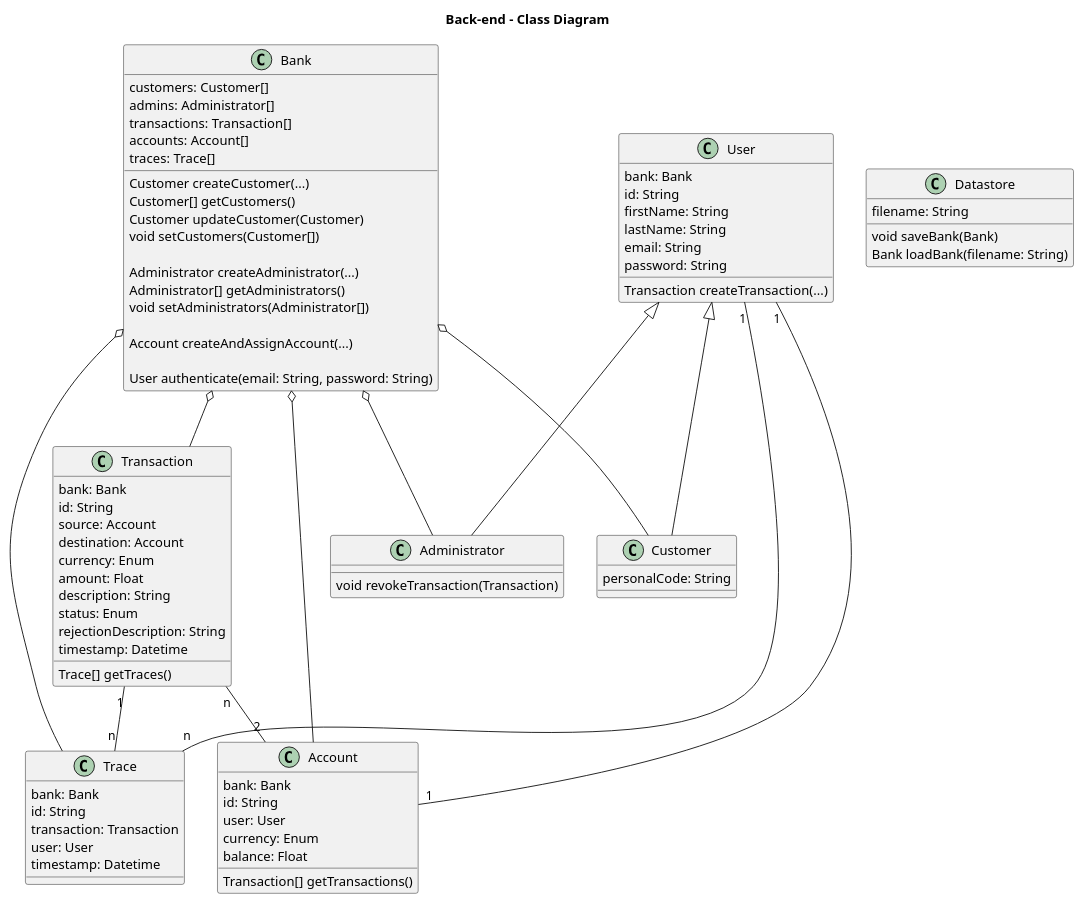
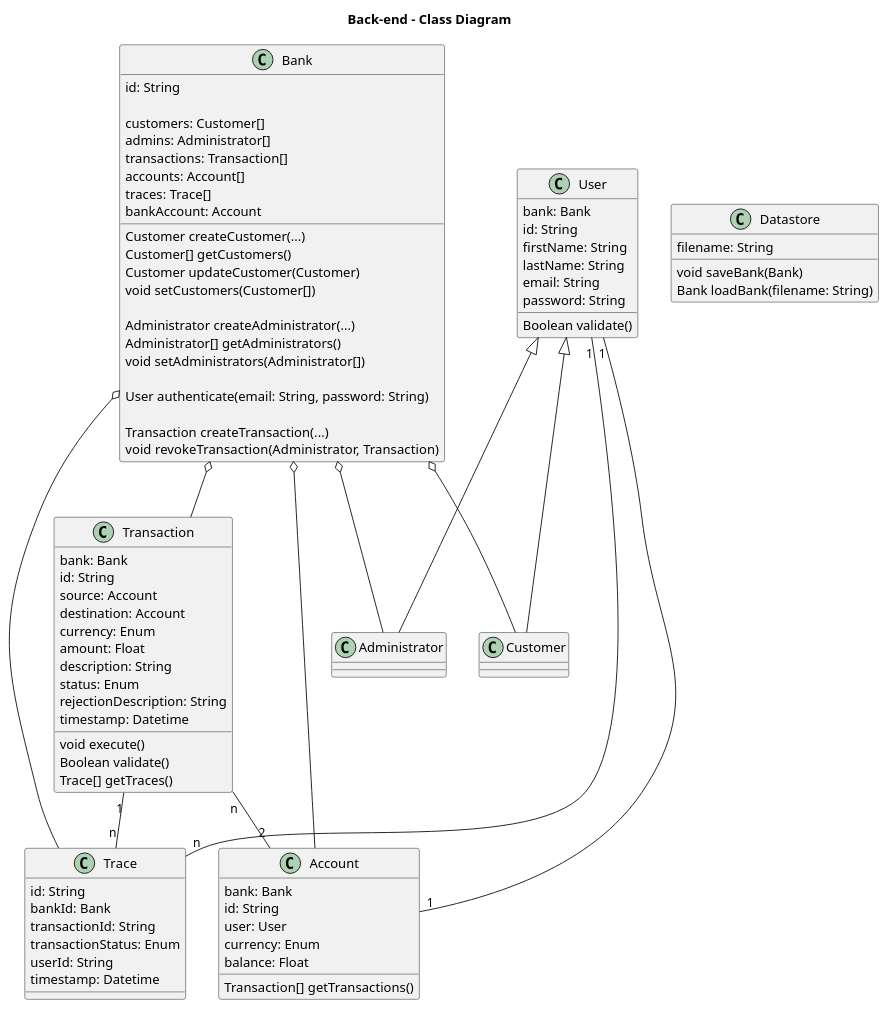
Before and after one commit to Sysmod-2021/bankappbackend: the diagram in docs/classes/backend-classes.plantuml, drawn with PlantUML. The commit also changed 1 other file, not shown here.

Commit message:
Updating the class diagram

```diff
--- a/docs/classes/backend-classes.plantuml
+++ b/docs/classes/backend-classes.plantuml
@@ -1,97 +1,102 @@
 @startuml
 
 title Back-end - Class Diagram
 
 class Bank {
+    id: String
+
     customers: Customer[]
     admins: Administrator[]
     transactions: Transaction[]
     accounts: Account[]
     traces: Trace[]
+    bankAccount: Account
     
     Customer createCustomer(...)
     Customer[] getCustomers()
     Customer updateCustomer(Customer)
     void setCustomers(Customer[])
     
     Administrator createAdministrator(...)
     Administrator[] getAdministrators()
     void setAdministrators(Administrator[])
     
-    Account createAndAssignAccount(...)
-    
     User authenticate(email: String, password: String)
+
+    Transaction createTransaction(...)
+    void revokeTransaction(Administrator, Transaction)
 }
 
 class User {
     bank: Bank
     id: String
     firstName: String
     lastName: String
     email: String
     password: String
-    
-    Transaction createTransaction(...)
+
+    Boolean validate()
 }
 
 class Customer {
-    personalCode: String
 }
 
 class Administrator {
-    void revokeTransaction(Transaction)
 }
 
 class Account {
     bank: Bank
     id: String
     user: User
     currency: Enum
     balance: Float
 
     Transaction[] getTransactions()
 }
 
 class Transaction {
     bank: Bank
     id: String
     source: Account
     destination: Account
     currency: Enum
     amount: Float
     description: String
     status: Enum
     rejectionDescription: String
     timestamp: Datetime
 
+    void execute()
+    Boolean validate()
     Trace[] getTraces()
 }
 
 class Trace {
-    bank: Bank
     id: String
-    transaction: Transaction
-    user: User
+    bankId: Bank
+    transactionId: String
+    transactionStatus: Enum
+    userId: String
     timestamp: Datetime
 }
 
 class Datastore {
     filename: String
 
     void saveBank(Bank)
     Bank loadBank(filename: String)
 }
 
 Bank o-- Customer
 Bank o-- Administrator
 Bank o-- Transaction
 Bank o-- Account
 Bank o-- Trace
 User <|-- Customer
 User <|-- Administrator
 User "1" -- "1" Account
 Transaction "n" -- "2" Account
 Transaction "1" -- "n" Trace
 User "1" -- "n" Trace
 
 @enduml
```
